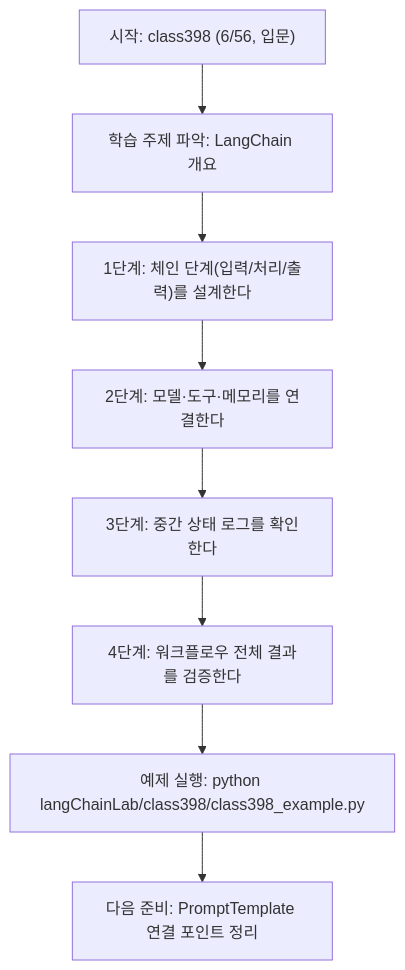
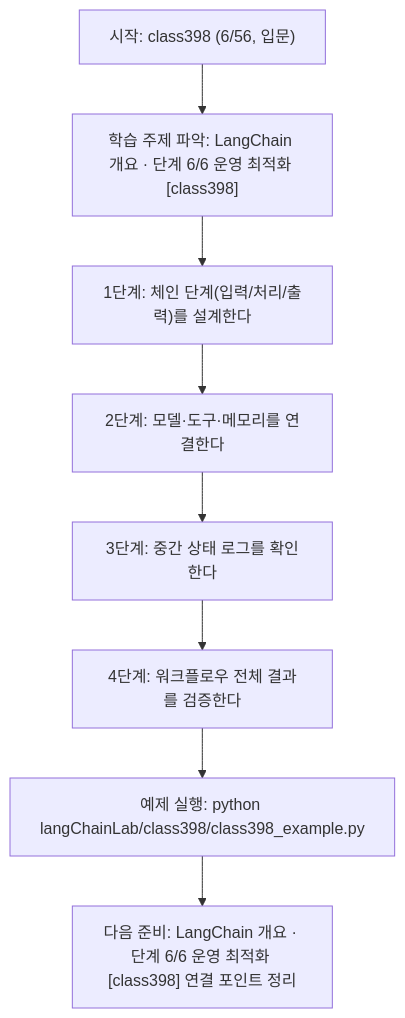
Before and after one commit to edumgt/Python-AI_Agent-Class: the diagram in langChainLab/class398/class398.md, drawn with Mermaid. The commit also changed other lines of this file and 522 other files, not shown here.

````diff
--- a/langChainLab/class398/class398.md
+++ b/langChainLab/class398/class398.md
@@ -108,18 +109,18 @@
 ```mermaid
 flowchart TD
 N1["시작: class398 (6/56, 입문)"]
-N2["학습 주제 파악: LangChain 개요"]
+N2["학습 주제 파악: LangChain 개요 · 단계 6/6 운영 최적화 [class398]"]
 N3["1단계: 체인 단계(입력/처리/출력)를 설계한다"]
 N4["2단계: 모델·도구·메모리를 연결한다"]
 N5["3단계: 중간 상태 로그를 확인한다"]
 N6["4단계: 워크플로우 전체 결과를 검증한다"]
 N7["예제 실행: python langChainLab/class398/class398_example.py"]
-N8["다음 준비: PromptTemplate 연결 포인트 정리"]
+N8["다음 준비: LangChain 개요 · 단계 6/6 운영 최적화 [class398] 연결 포인트 정리"]
 N1 --> N2
 N2 --> N3
 N3 --> N4
 N4 --> N5
 N5 --> N6
 N6 --> N7
 N7 --> N8
 ```
````
